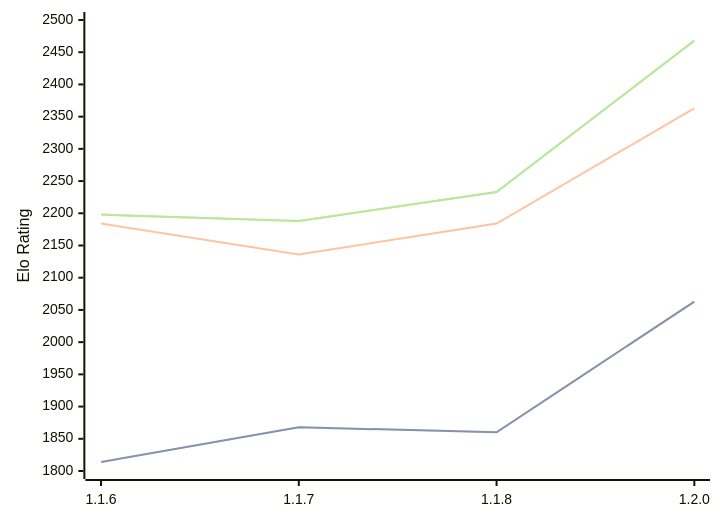
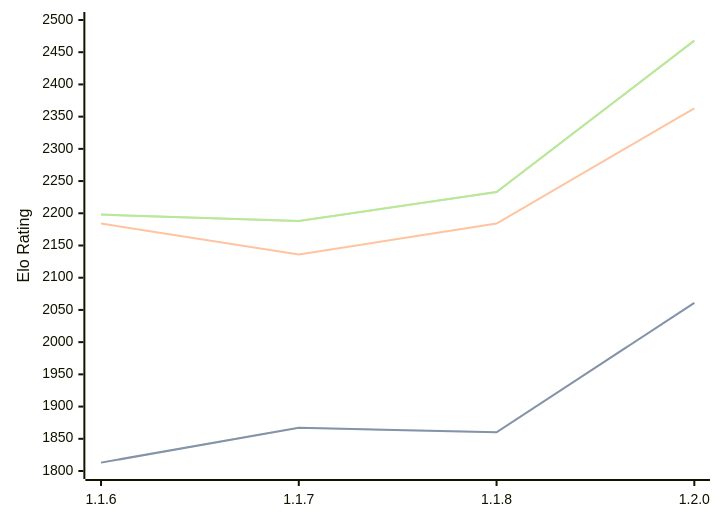
The diagram in engines/Soomi.md (computer-chess-index/cci), drawn with Mermaid before and after one commit. The commit also changed other lines of this file, not shown here.

````diff
--- a/engines/Soomi.md
+++ b/engines/Soomi.md
@@ -34,11 +34,11 @@
 ```mermaid
 %%{init: {"theme":"base","themeVariables":{"seriesColors:['#a3a3a3','#222221','#faa371']}}}%%
 xychart-beta
   x-axis ["1.1.6", "1.1.7", "1.1.8", "1.2.0"]
   y-axis "Elo Rating" 1800 --> 2500
-  line "STC (8.0+0.08s)" [1814, 1868, 1860, 2063]
-  line "STC (8.0+0.08s)" [1814, 1868, 1860, 2063]
+  line "STC (8.0+0.08s)" [1813, 1867, 1860, 2061]
+  line "STC (8.0+0.08s)" [1813, 1867, 1860, 2061]
   line "LTC (60.0+0.60s)" [2184, 2136, 2184, 2363]
   line "VLTC (2m24s+1.12s)" [2198, 2188, 2233, 2468]
   line "VLTC (2m24s+1.12s)" [2198, 2188, 2233, 2468]
 ```
````
